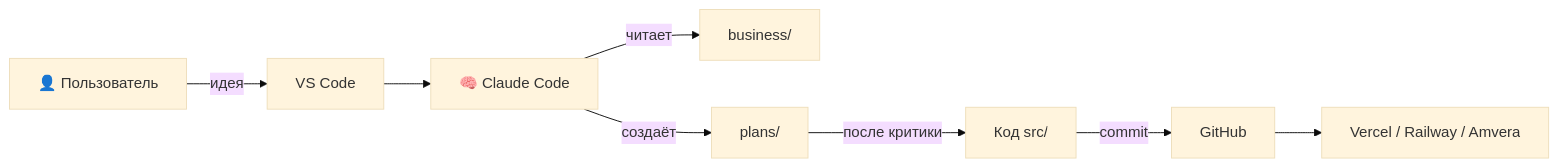
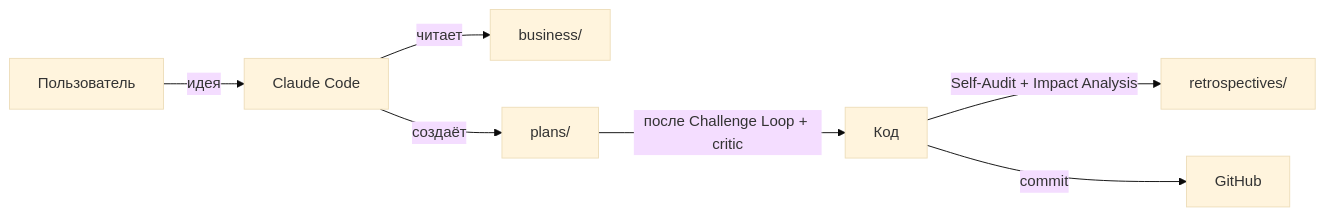
The diagram in README.md (Avalon-27reg/smyslokod-starter), drawn with Mermaid (base theme) before and after one commit. The commit also changed other lines of this file and 41 other files, not shown here.

````diff
--- a/README.md
+++ b/README.md
@@ -88,19 +80,17 @@
 ```mermaid
 flowchart LR
-    User[👤 Пользователь]
-    VSCode[VS Code]
-    Claude[🧠 Claude Code]
+    User[Пользователь]
+    Claude[Claude Code]
     Business[business/]
     Plans[plans/]
-    Code[Код src/]
+    Code[Код]
+    Retro[retrospectives/]
     GH[GitHub]
-    Deploy[Vercel / Railway / Amvera]
 
-    User -->|идея| VSCode
-    VSCode --> Claude
+    User -->|идея| Claude
     Claude -->|читает| Business
     Claude -->|создаёт| Plans
-    Plans -->|после критики| Code
+    Plans -->|после Challenge Loop + critic| Code
+    Code -->|Self-Audit + Impact Analysis| Retro
     Code -->|commit| GH
-    GH --> Deploy
 ```
````
